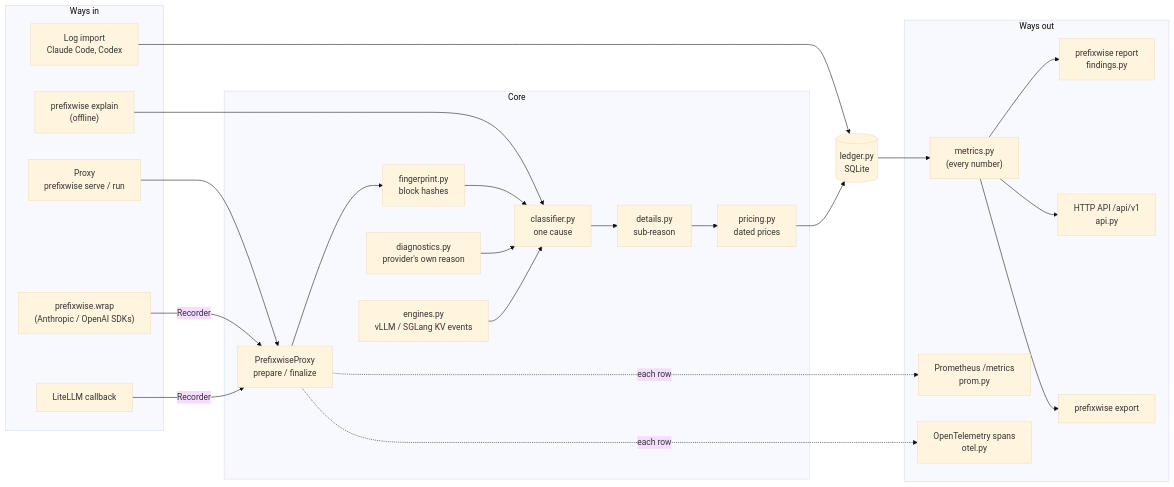
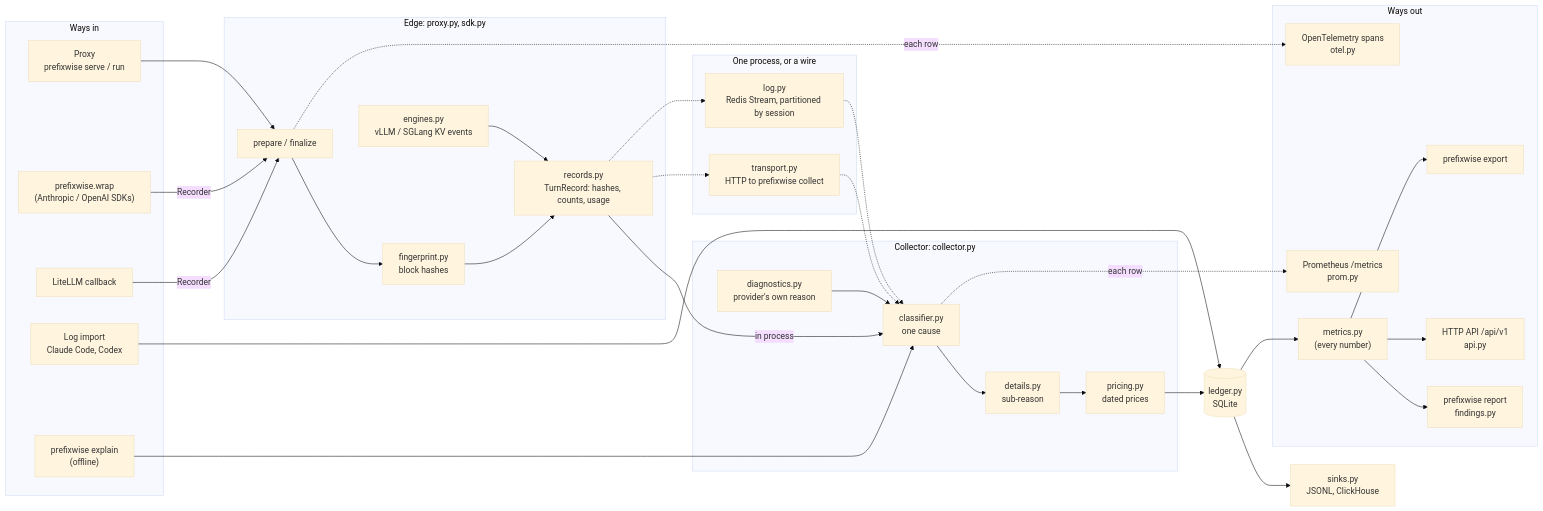
Before and after one commit to tejachavali/prefixwise: the first of 2 diagrams in docs/ARCHITECTURE.md, drawn with Mermaid (base theme). The commit also changed other lines of this file and 5 other files, not shown here.

First line of the commit message:
Architecture figure and doc: the edge, the turn record, the collector, the wires, the sinks

````diff
--- a/docs/ARCHITECTURE.md
+++ b/docs/ARCHITECTURE.md
@@ -28,42 +29,54 @@
 ```mermaid
 flowchart LR
   subgraph IN[Ways in]
     P["Proxy<br/>prefixwise serve / run"]
     W["prefixwise.wrap<br/>(Anthropic / OpenAI SDKs)"]
     L["LiteLLM callback"]
     I["Log import<br/>Claude Code, Codex"]
     X["prefixwise explain<br/>(offline)"]
   end
-  subgraph core[Core]
-    PR["PrefixwiseProxy<br/>prepare / finalize"]
+  subgraph edge[Edge: proxy.py, sdk.py]
+    PR["prepare / finalize"]
     F["fingerprint.py<br/>block hashes"]
+    E["engines.py<br/>vLLM / SGLang KV events"]
+    REC["records.py<br/>TurnRecord: hashes, counts, usage"]
+  end
+  subgraph wire[One process, or a wire]
+    T["transport.py<br/>HTTP to prefixwise collect"]
+    LOG["log.py<br/>Redis Stream, partitioned by session"]
+  end
+  subgraph coll[Collector: collector.py]
     C["classifier.py<br/>one cause"]
     D["details.py<br/>sub-reason"]
     N["diagnostics.py<br/>provider's own reason"]
-    E["engines.py<br/>vLLM / SGLang KV events"]
     PZ["pricing.py<br/>dated prices"]
   end
   LED[("ledger.py<br/>SQLite")]
+  SK["sinks.py<br/>JSONL, ClickHouse"]
   subgraph OUT[Ways out]
     R["prefixwise report<br/>findings.py"]
     A["HTTP API /api/v1<br/>api.py"]
     M["metrics.py<br/>(every number)"]
     PM["Prometheus /metrics<br/>prom.py"]
     OT["OpenTelemetry spans<br/>otel.py"]
     EX["prefixwise export"]
   end
   P --> PR
   W -->|Recorder| PR
   L -->|Recorder| PR
   I --> LED
   X --> C
-  PR --> F --> C
+  PR --> F --> REC
+  E --> REC
+  REC -->|in process| C
+  REC -.-> T -.-> C
+  REC -.-> LOG -.-> C
   N --> C
-  E --> C
   C --> D --> PZ --> LED
-  PR -. each row .-> PM
+  LED --> SK
+  C -. each row .-> PM
   PR -. each row .-> OT
   LED --> M --> R
   M --> A
   M --> EX
 ```
````
